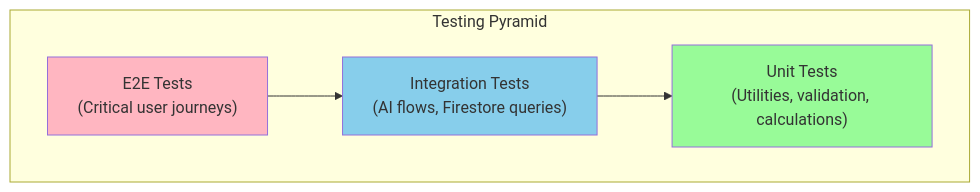
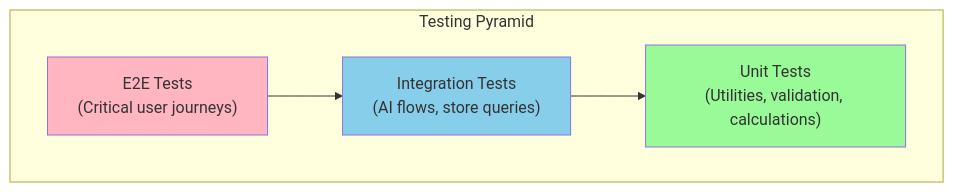
The first of 5 diagrams in docs/testing/README.md (knotking/healthgeek), drawn with Mermaid before and after one commit. The commit also changed other lines of this file and 67 other files, not shown here.

````diff
--- a/docs/testing/README.md
+++ b/docs/testing/README.md
@@ -7,14 +7,14 @@
 ```mermaid
 graph TD
     subgraph TestPyramid ["Testing Pyramid"]
         E2E["E2E Tests<br/>(Critical user journeys)"]
-        Integration["Integration Tests<br/>(AI flows, Firestore queries)"]
+        Integration["Integration Tests<br/>(AI flows, store queries)"]
         Unit["Unit Tests<br/>(Utilities, validation, calculations)"]
     end
 
     E2E --> Integration --> Unit
 
     style Unit fill:#98FB98
     style Integration fill:#87CEEB
     style E2E fill:#FFB6C1
 ```
````
